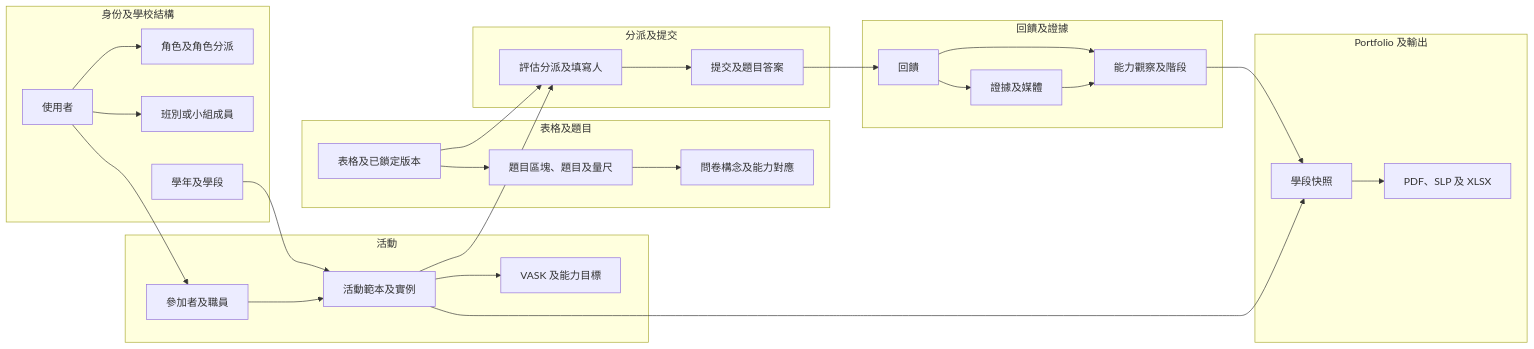
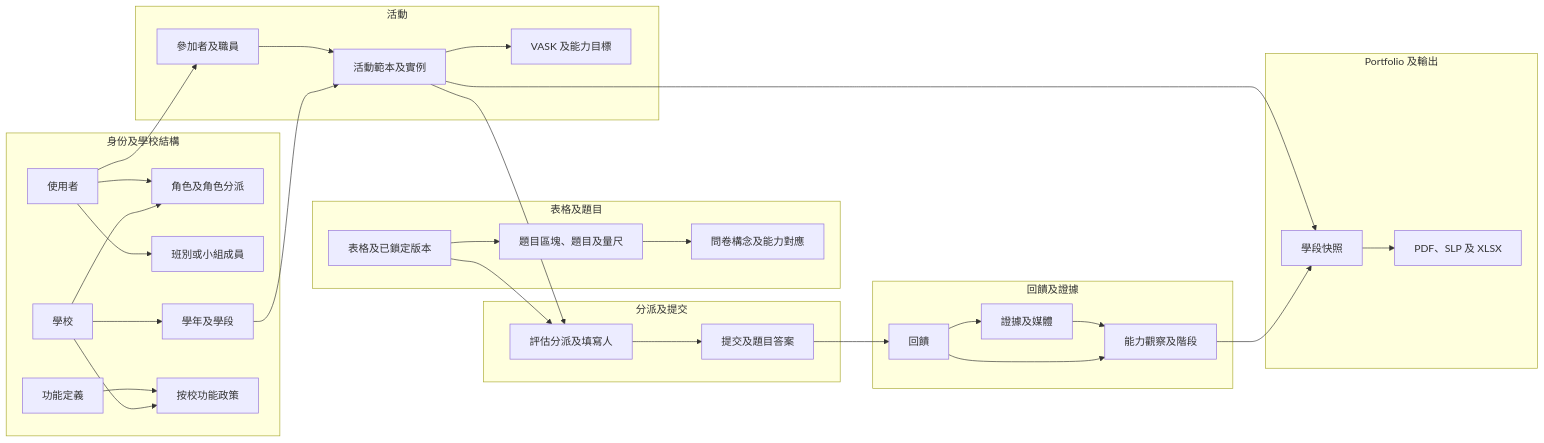
One commit to heison-octopus/testing-port changed diagram 12 of 13 in output/Chinese/核心資料關係.md. Above: the diagram before and after it, drawn with Mermaid. The commit also changed other lines of this file and 79 other files, not shown here.

````diff
--- a/output/Chinese/核心資料關係.md
+++ b/output/Chinese/核心資料關係.md
@@ -459,46 +529,53 @@
 ```mermaid
 flowchart LR
     subgraph Identity[身份及學校結構]
+        S[學校]
         U[使用者]
         R[角色及角色分派]
         G[班別或小組成員]
         AP[學年及學段]
+        FD[功能定義]
+        SFP[按校功能政策]
     end
     subgraph Activity[活動]
         AT[活動範本及實例]
         People[參加者及職員]
         AV[VASK 及能力目標]
     end
     subgraph Instrument[表格及題目]
         F[表格及已鎖定版本]
         Q[題目區塊、題目及量尺]
         Map[問卷構念及能力對應]
     end
     subgraph Workflow[分派及提交]
         Assign[評估分派及填寫人]
         Submit[提交及題目答案]
     end
     subgraph Proof[回饋及證據]
         FB[回饋]
         EV[證據及媒體]
         OBS[能力觀察及階段]
     end
     subgraph Delivery[Portfolio 及輸出]
         Snap[學段快照]
         Export[PDF、SLP 及 XLSX]
     end
 
+    S --> R
     U --> R
     U --> G
+    S --> AP
+    S --> SFP
+    FD --> SFP
     AP --> AT
     U --> People --> AT
     AT --> AV
     F --> Q --> Map
     AT --> Assign
     F --> Assign --> Submit
     Submit --> FB --> EV
     FB --> OBS
     EV --> OBS
     OBS --> Snap
     AT --> Snap --> Export
 ```
````
